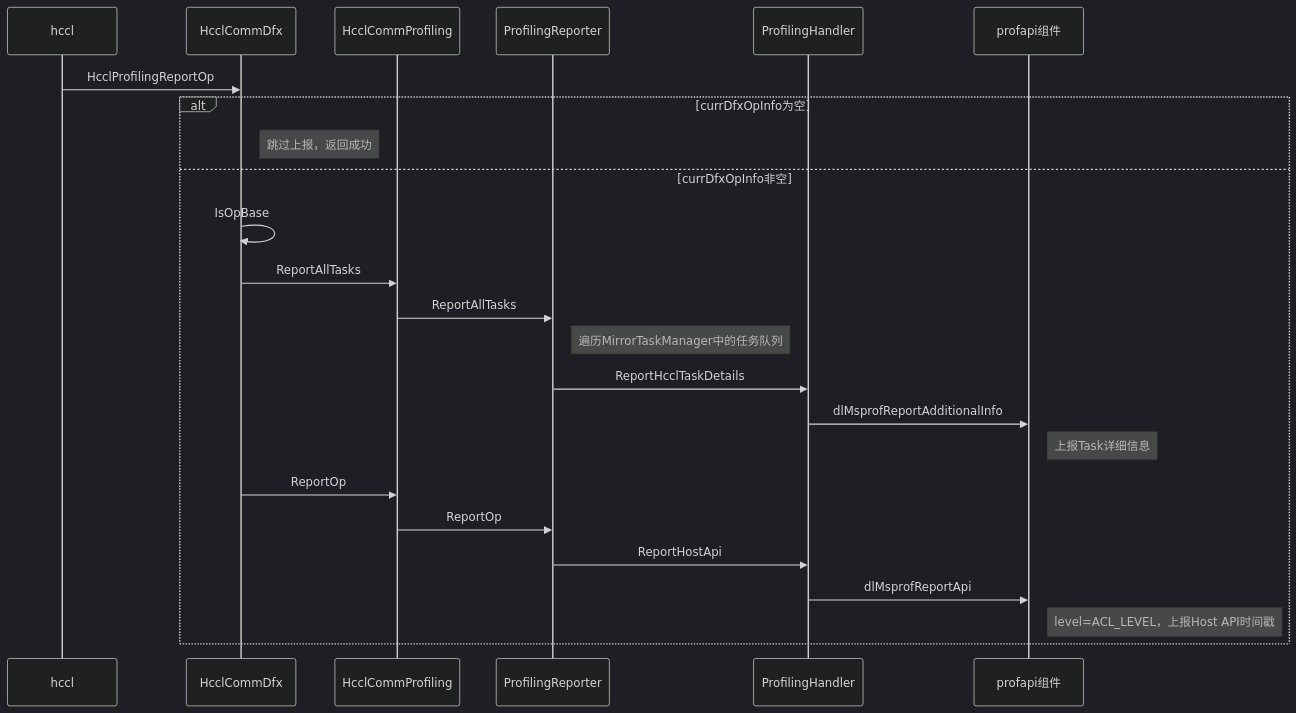
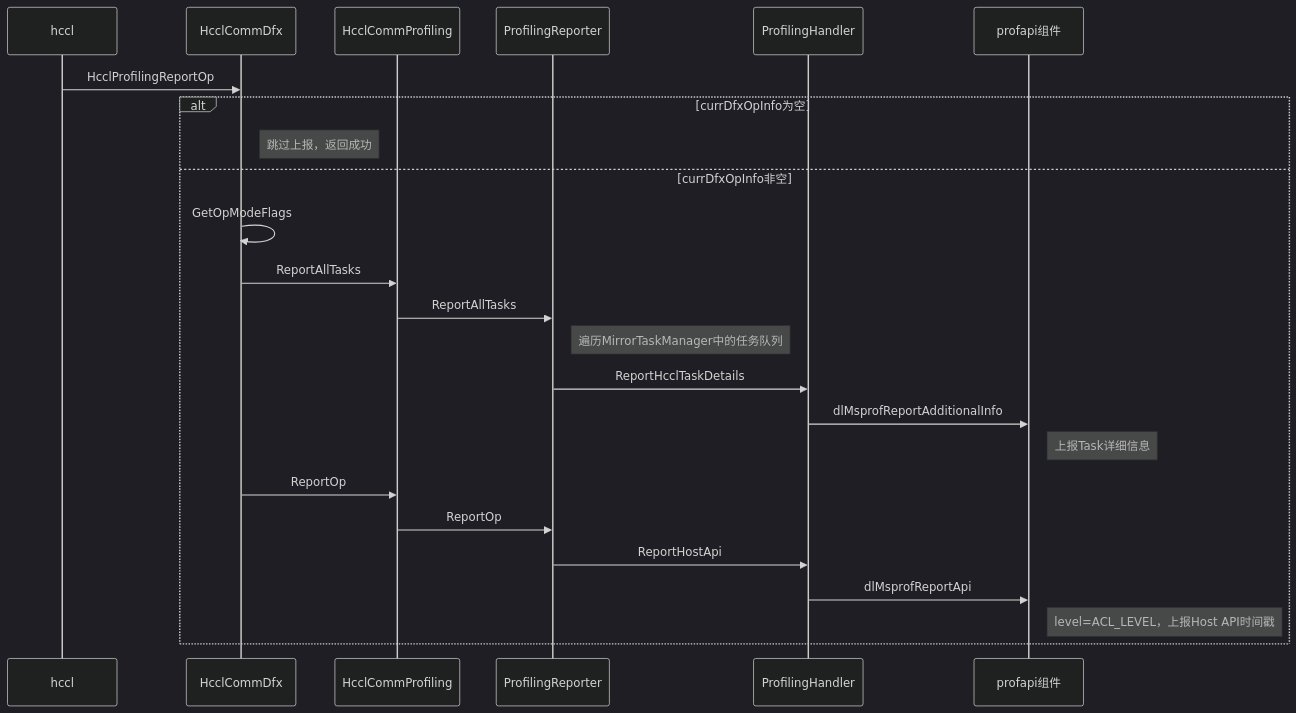
One commit to hicann/hcomm changed the third of 13 diagrams in src/coll_communicator_mgr/dfx/profiling/profiling.md. Above: the diagram before and after it, drawn with Mermaid (dark theme). The commit also changed other lines of this file and 17 other files, not shown here.

````diff
--- a/src/coll_communicator_mgr/dfx/profiling/profiling.md
+++ b/src/coll_communicator_mgr/dfx/profiling/profiling.md
@@ -129,27 +129,27 @@
 ```mermaid
 sequenceDiagram
     participant HCCL as hccl
     participant HCD as HcclCommDfx
     participant HCP as HcclCommProfiling
     participant PR as ProfilingReporter
     participant PH as ProfilingHandler
     participant Profapi as profapi组件
 
     HCCL->>HCD: HcclProfilingReportOp
     alt currDfxOpInfo为空
         Note right of HCD: 跳过上报，返回成功
     else currDfxOpInfo非空
-        HCD->>HCD: IsOpBase
+        HCD->>HCD: GetOpModeFlags
         HCD->>HCP: ReportAllTasks
         HCP->>PR: ReportAllTasks
         Note right of PR: 遍历MirrorTaskManager中的任务队列
         PR->>PH: ReportHcclTaskDetails
         PH->>Profapi: dlMsprofReportAdditionalInfo
         Note right of Profapi: 上报Task详细信息
         HCD->>HCP: ReportOp
         HCP->>PR: ReportOp
         PR->>PH: ReportHostApi
         PH->>Profapi: dlMsprofReportApi
         Note right of Profapi: level=ACL_LEVEL，上报Host API时间戳
     end
 ```
````
